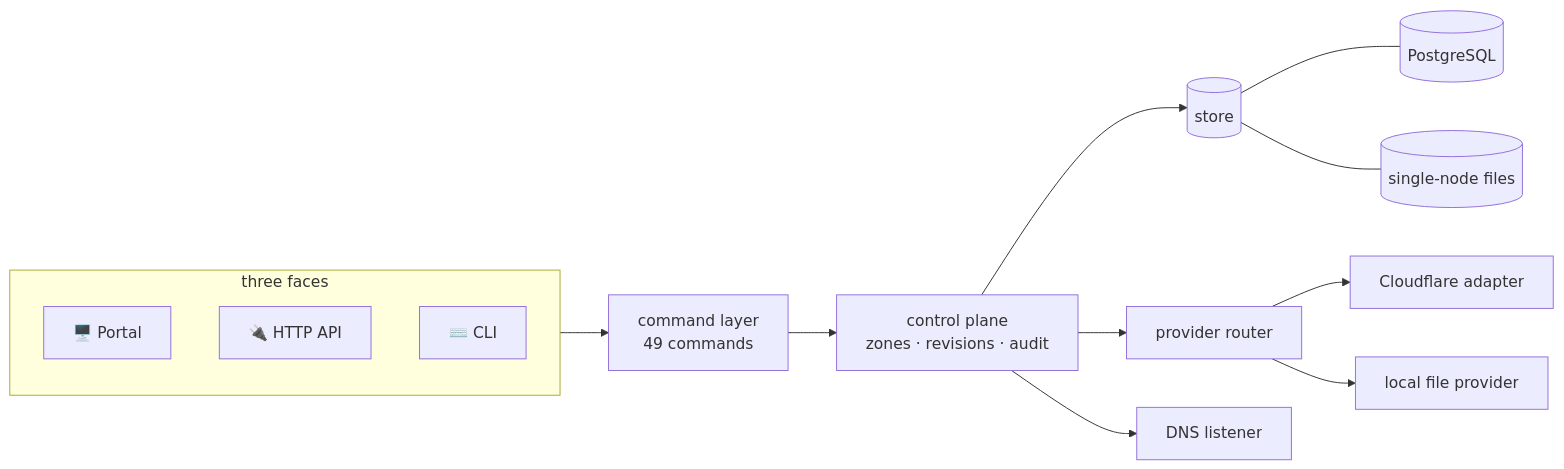
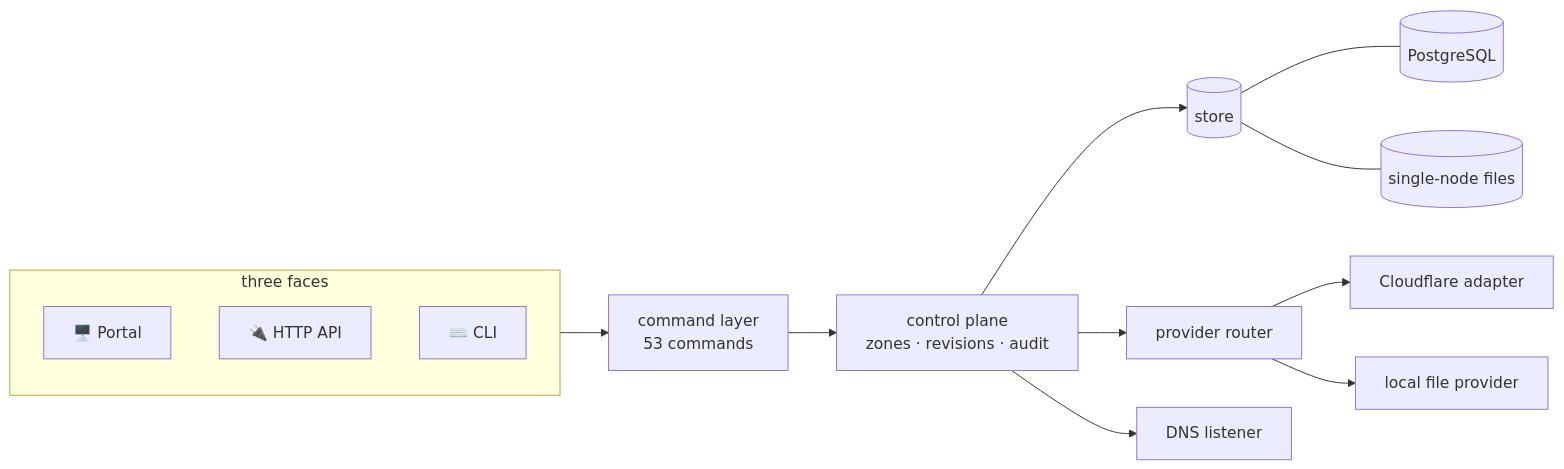
The second of 3 diagrams in README.md (henryj-dev/parallax), drawn with Mermaid before and after one commit. The commit also changed other lines of this file and 45 other files, not shown here.

````diff
--- a/README.md
+++ b/README.md
@@ -204,21 +205,21 @@
 ```mermaid
 flowchart LR
     subgraph faces["three faces"]
         P["🖥️ Portal"]
         A["🔌 HTTP API"]
         C["⌨️ CLI"]
     end
 
-    faces --> CMD["command layer<br/>49 commands"]
+    faces --> CMD["command layer<br/>53 commands"]
     CMD --> CP["control plane<br/>zones · revisions · audit"]
 
     CP --> ST[("store")]
     CP --> RT["provider router"]
 
     ST --- PG[("PostgreSQL")]
     ST --- FS[("single-node files")]
 
     RT --> CFA["Cloudflare adapter"]
     RT --> LOC["local file provider"]
     CP --> DNS["DNS listener"]
 ```
````
